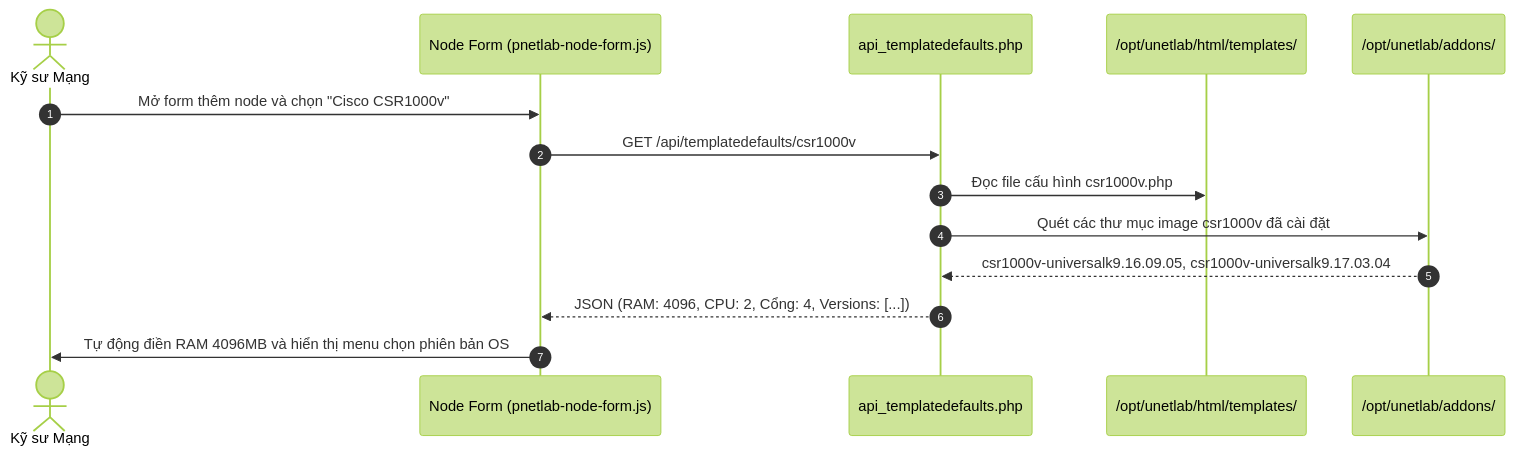
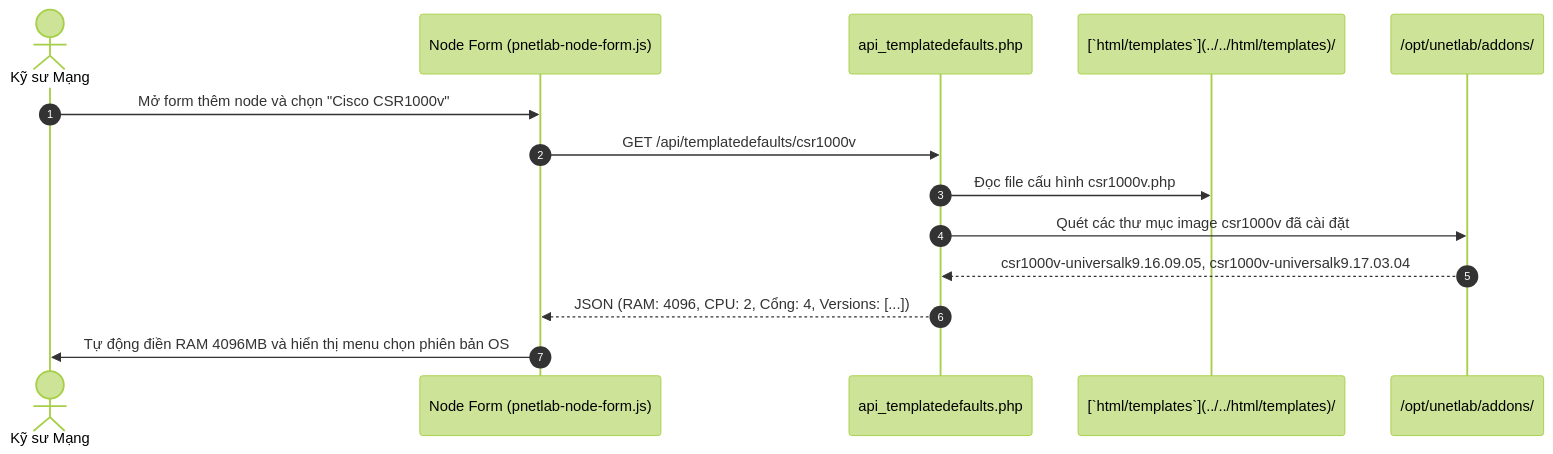
One commit to Luuxinhxinh/pnet-v8 changed the diagram in docs/03-diagrams/f48-device-templates-schema-sequence.md. Above: the diagram before and after it, drawn with Mermaid (forest theme). The commit also changed 92 other files, not shown here.

````diff
--- a/docs/03-diagrams/f48-device-templates-schema-sequence.md
+++ b/docs/03-diagrams/f48-device-templates-schema-sequence.md
@@ -9,17 +9,17 @@
 ```mermaid
 sequenceDiagram
     autonumber
     actor User as Kỹ sư Mạng
     participant UI as Node Form (pnetlab-node-form.js)
     participant API as api_templatedefaults.php
-    participant Templates as /opt/unetlab/html/templates/
+    participant Templates as [`html/templates`](../../html/templates)/
     participant Addons as /opt/unetlab/addons/
 
     User->>UI: Mở form thêm node và chọn "Cisco CSR1000v"
     UI->>API: GET /api/templatedefaults/csr1000v
     API->>Templates: Đọc file cấu hình csr1000v.php
     API->>Addons: Quét các thư mục image csr1000v đã cài đặt
     Addons-->>API: csr1000v-universalk9.16.09.05, csr1000v-universalk9.17.03.04
     API-->>UI: JSON (RAM: 4096, CPU: 2, Cổng: 4, Versions: [...])
     UI->>User: Tự động điền RAM 4096MB và hiển thị menu chọn phiên bản OS
 ```
````
